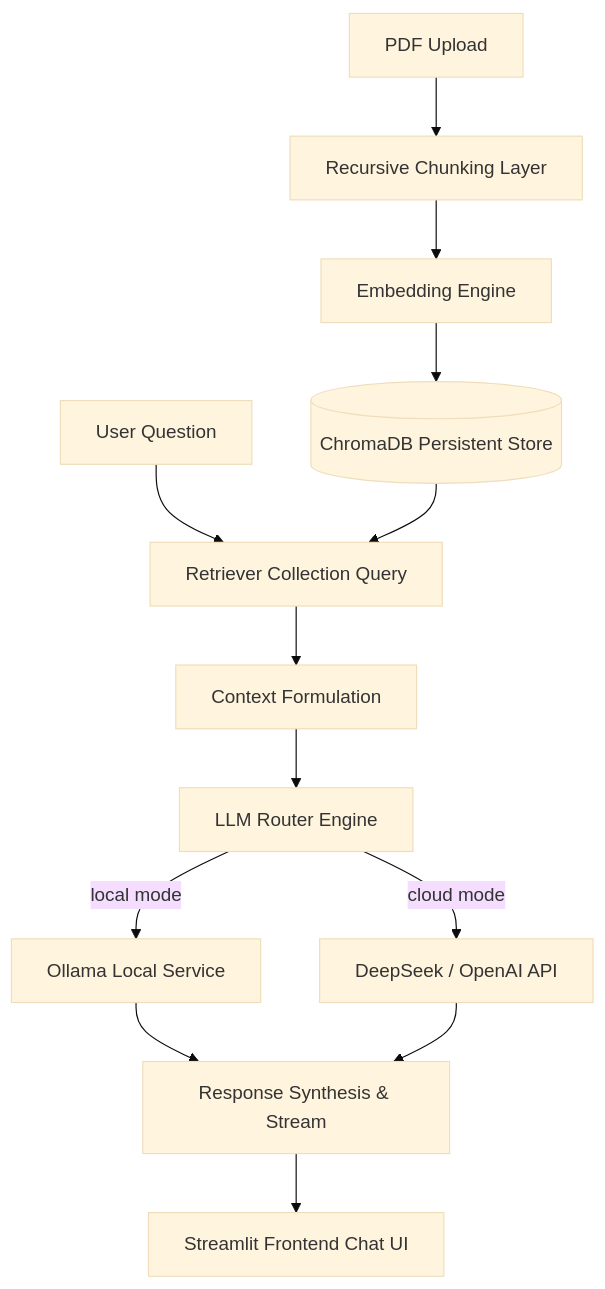
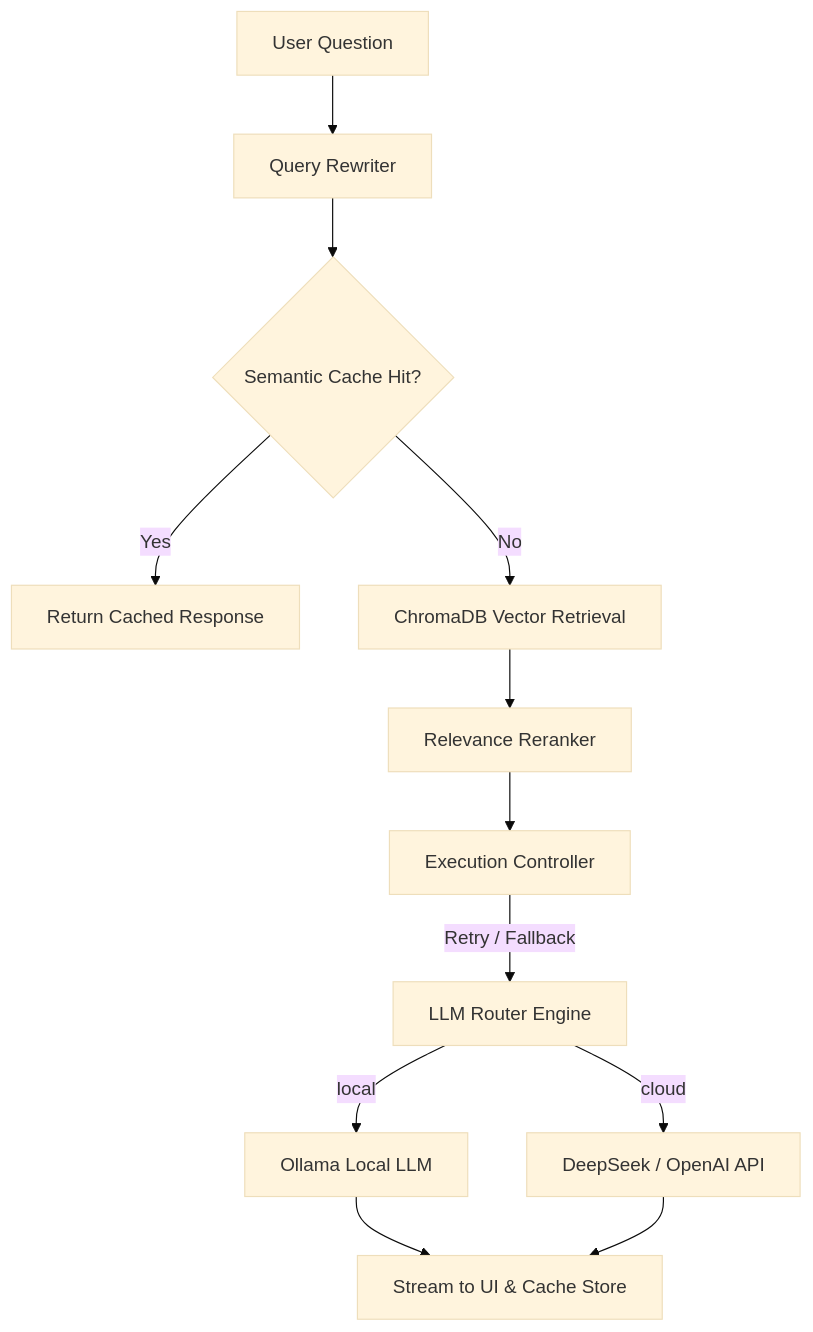
One commit to Hao610/AI-Model-Atlas changed the diagram in projects/rag-app/README.md. Above: the diagram before and after it, drawn with Mermaid (base theme). The commit also changed other lines of this file and 2 other files, not shown here.

Commit message:
Complete v2.5 open-source productization release. Overhaul READMEs to flagship layout and add START_HERE Onboarding Guide

````diff
--- a/projects/rag-app/README.md
+++ b/projects/rag-app/README.md
@@ -11,18 +13,18 @@
 ```mermaid
 flowchart TD
-    A[PDF Upload] --> B[Recursive Chunking Layer]
-    B --> C[Embedding Engine]
-    C --> D[(ChromaDB Persistent Store)]
+    UserQuery[User Question] --> QueryRewriter[Query Rewriter]
+    QueryRewriter --> SemanticCacheCheck{Semantic Cache Hit?}
     
-    UserQuery[User Question] --> E[Retriever Collection Query]
-    D --> E
-    E --> F[Context Formulation]
-    F --> G[LLM Router Engine]
+    SemanticCacheCheck -->|Yes| InstantReturn[Return Cached Response]
+    SemanticCacheCheck -->|No| VectorSearch[ChromaDB Vector Retrieval]
     
-    G -->|local mode| H[Ollama Local Service]
-    G -->|cloud mode| I[DeepSeek / OpenAI API]
+    VectorSearch --> Reranker[Relevance Reranker]
+    Reranker --> ExecutionController[Execution Controller]
     
-    H --> J[Response Synthesis & Stream]
-    I --> J
-    J --> K[Streamlit Frontend Chat UI]
+    ExecutionController -->|Retry / Fallback| LLMRouter[LLM Router Engine]
+    LLMRouter -->|local| Ollama[Ollama Local LLM]
+    LLMRouter -->|cloud| CloudAPI[DeepSeek / OpenAI API]
+    
+    Ollama --> StreamOutput[Stream to UI & Cache Store]
+    CloudAPI --> StreamOutput
 ```
````
